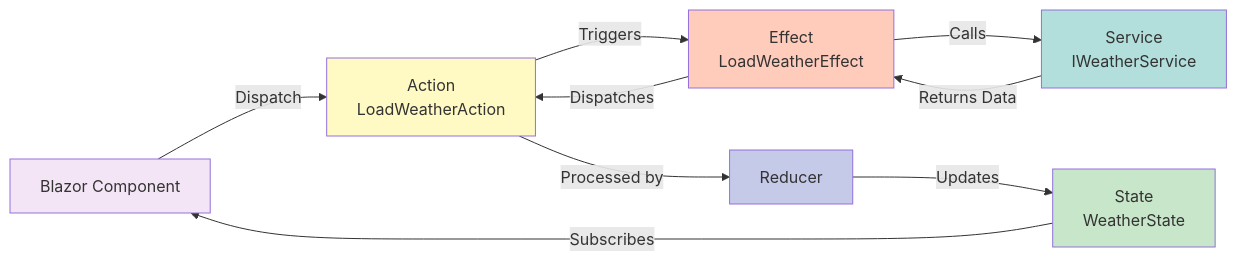
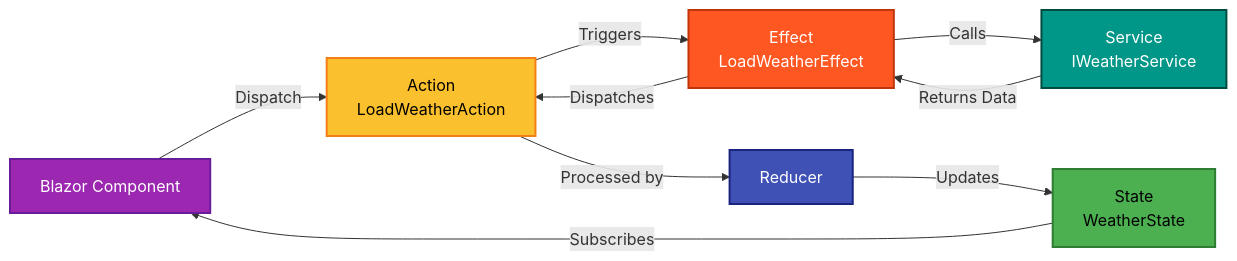
The third of 3 diagrams in README.md (abrault-livefront/WeatherDashboard), drawn with Mermaid before and after one commit. The commit also changed other lines of this file, not shown here.

````diff
--- a/README.md
+++ b/README.md
@@ -285,25 +285,25 @@
 ```mermaid
 graph LR
     Component[Blazor Component]
     Action[Action<br/>LoadWeatherAction]
     Effect[Effect<br/>LoadWeatherEffect]
     Service[Service<br/>IWeatherService]
     Reducer[Reducer]
     State[State<br/>WeatherState]
 
     Component -->|Dispatch| Action
     Action -->|Triggers| Effect
     Effect -->|Calls| Service
     Service -->|Returns Data| Effect
     Effect -->|Dispatches| Action
     Action -->|Processed by| Reducer
     Reducer -->|Updates| State
     State -->|Subscribes| Component
 
-    style Component fill:#f3e5f5
-    style Action fill:#fff9c4
-    style Effect fill:#ffccbc
-    style Service fill:#b2dfdb
-    style Reducer fill:#c5cae9
-    style State fill:#c8e6c9
+    style Component fill:#9c27b0,stroke:#6a1b9a,stroke-width:2px,color:#fff
+    style Action fill:#fbc02d,stroke:#f57f17,stroke-width:2px,color:#000
+    style Effect fill:#ff5722,stroke:#bf360c,stroke-width:2px,color:#fff
+    style Service fill:#009688,stroke:#004d40,stroke-width:2px,color:#fff
+    style Reducer fill:#3f51b5,stroke:#1a237e,stroke-width:2px,color:#fff
+    style State fill:#4caf50,stroke:#2e7d32,stroke-width:2px,color:#000
 ```
````
